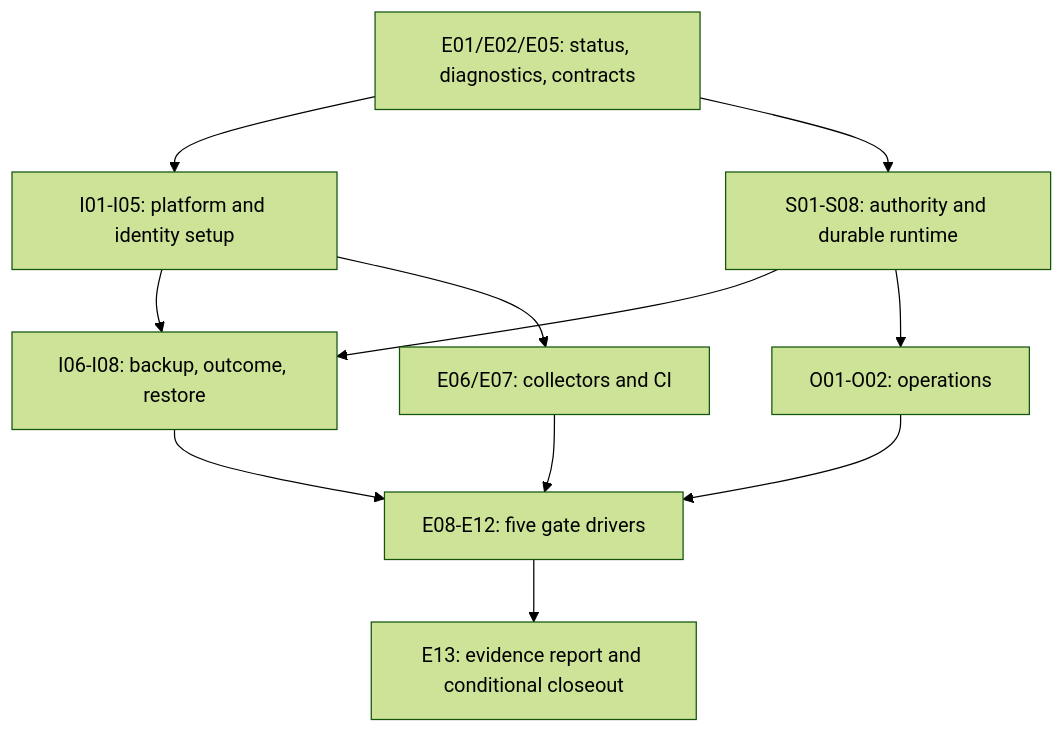
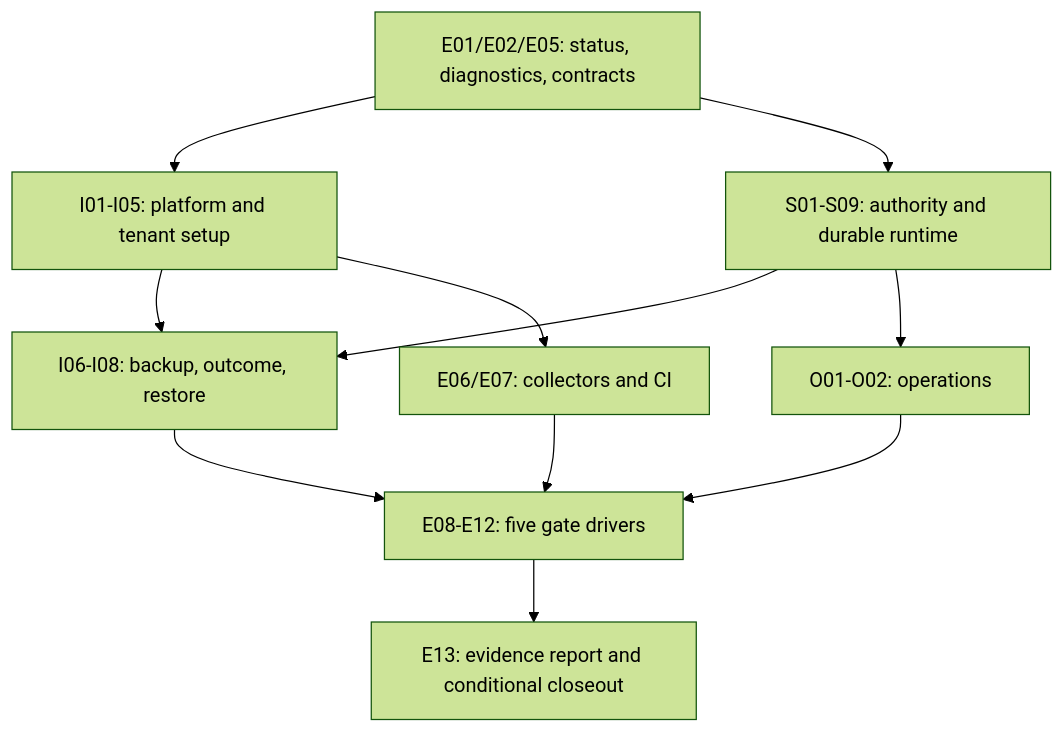
Before and after one commit to chung6a8m/fmcg-distribution-dotnet: the diagram in docs/roadmap/app-02b-local-preprod-acceptance.md, drawn with Mermaid (forest theme). The commit also changed other lines of this file and 8 other files, not shown here.

````diff
--- a/docs/roadmap/app-02b-local-preprod-acceptance.md
+++ b/docs/roadmap/app-02b-local-preprod-acceptance.md
@@ -88,13 +89,13 @@
 ```mermaid
 flowchart TD
-    C["E01/E02/E05: status, diagnostics, contracts"] --> I["I01-I05: platform and identity setup"]
-    C --> S["S01-S08: authority and durable runtime"]
+    C["E01/E02/E05: status, diagnostics, contracts"] --> I["I01-I05: platform and tenant setup"]
+    C --> S["S01-S09: authority and durable runtime"]
     I --> R["I06-I08: backup, outcome, restore"]
     S --> R
     S --> O["O01-O02: operations"]
     I --> V["E06/E07: collectors and CI"]
     R --> G["E08-E12: five gate drivers"]
     O --> G
     V --> G
     G --> F["E13: evidence report and conditional closeout"]
 ```
````
